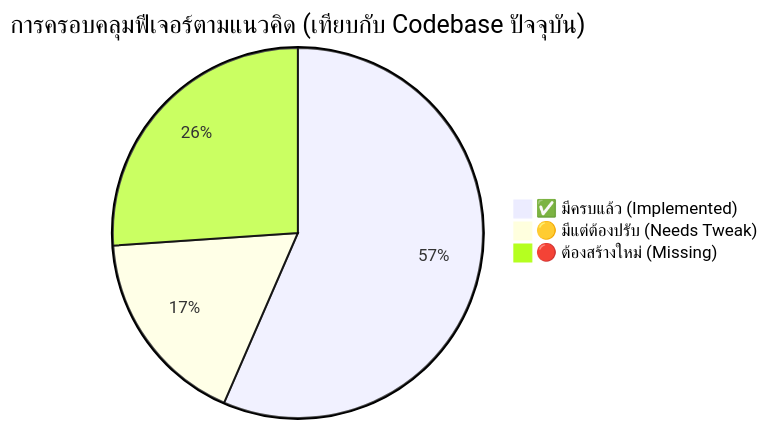
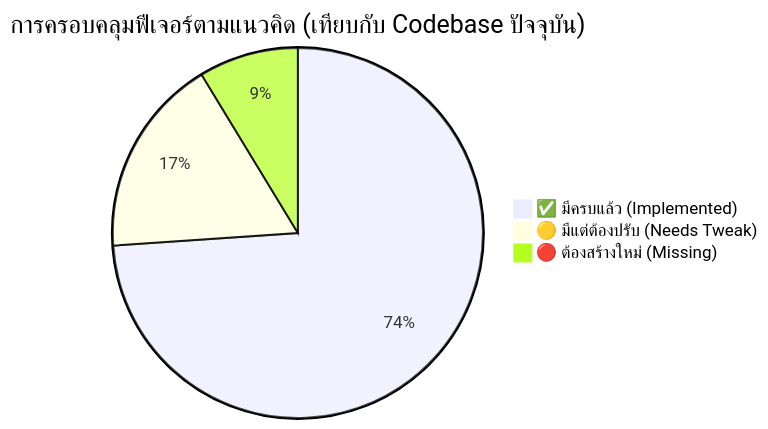
The diagram in docs/concept_vs_codebase.md (Phithak-K/Project), drawn with Mermaid before and after one commit. The commit also changed other lines of this file and 1 other file, not shown here.

````diff
--- a/docs/concept_vs_codebase.md
+++ b/docs/concept_vs_codebase.md
@@ -72,6 +72,6 @@
 ```mermaid
 pie title การครอบคลุมฟีเจอร์ตามแนวคิด (เทียบกับ Codebase ปัจจุบัน)
-    "✅ มีครบแล้ว (Implemented)" : 13
+    "✅ มีครบแล้ว (Implemented)" : 17
     "🟡 มีแต่ต้องปรับ (Needs Tweak)" : 4
-    "🔴 ต้องสร้างใหม่ (Missing)" : 6
+    "🔴 ต้องสร้างใหม่ (Missing)" : 2
 ```
````
